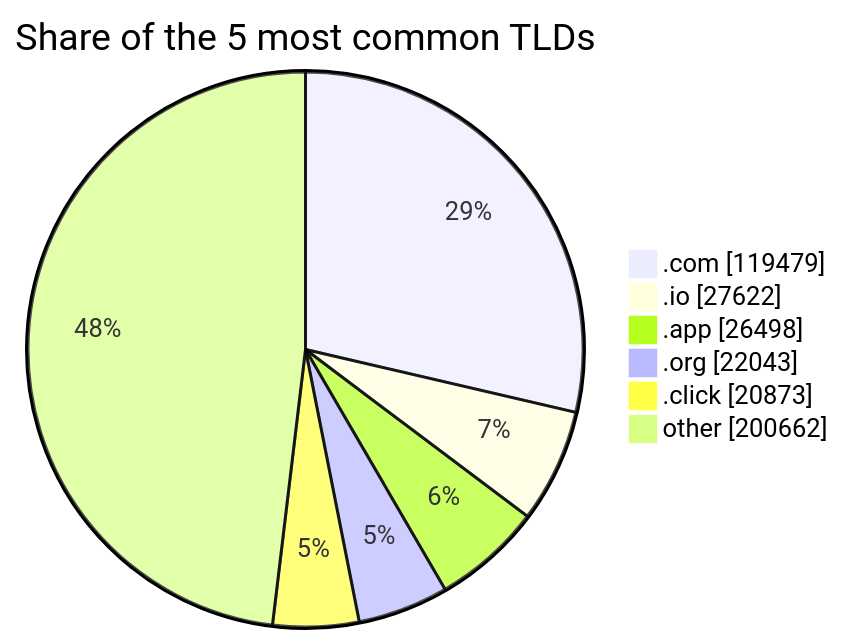
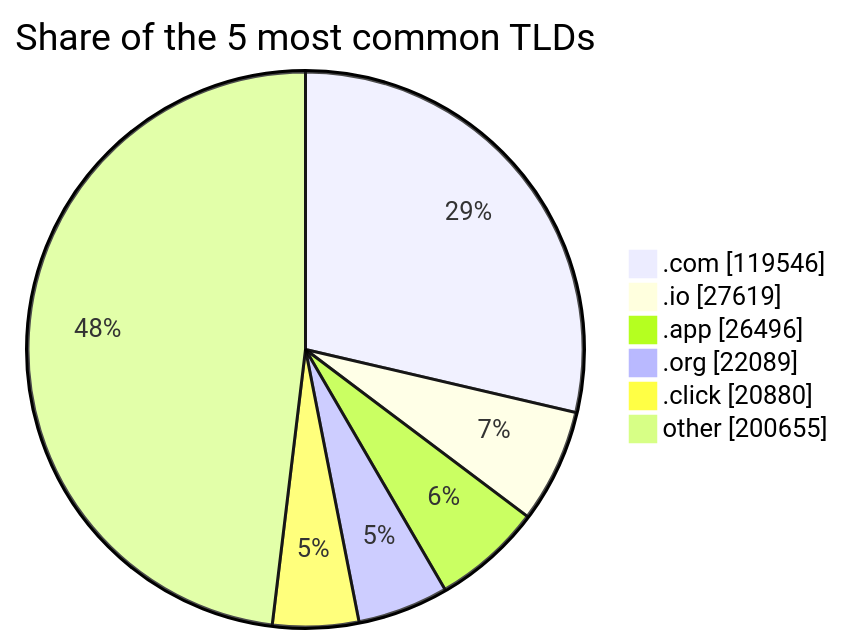
Before and after one commit to DNSBunker/CTI: the third of 3 diagrams in README.md, drawn with Mermaid. The commit also changed other lines of this file and 3 other files, not shown here.

````diff
--- a/README.md
+++ b/README.md
@@ -81,9 +81,9 @@
 ```mermaid
 pie showData title Share of the 5 most common TLDs
-    ".com" : 119479
-    ".io" : 27622
-    ".app" : 26498
-    ".org" : 22043
-    ".click" : 20873
-    "other" : 200662
+    ".com" : 119546
+    ".io" : 27619
+    ".app" : 26496
+    ".org" : 22089
+    ".click" : 20880
+    "other" : 200655
 ```
````
